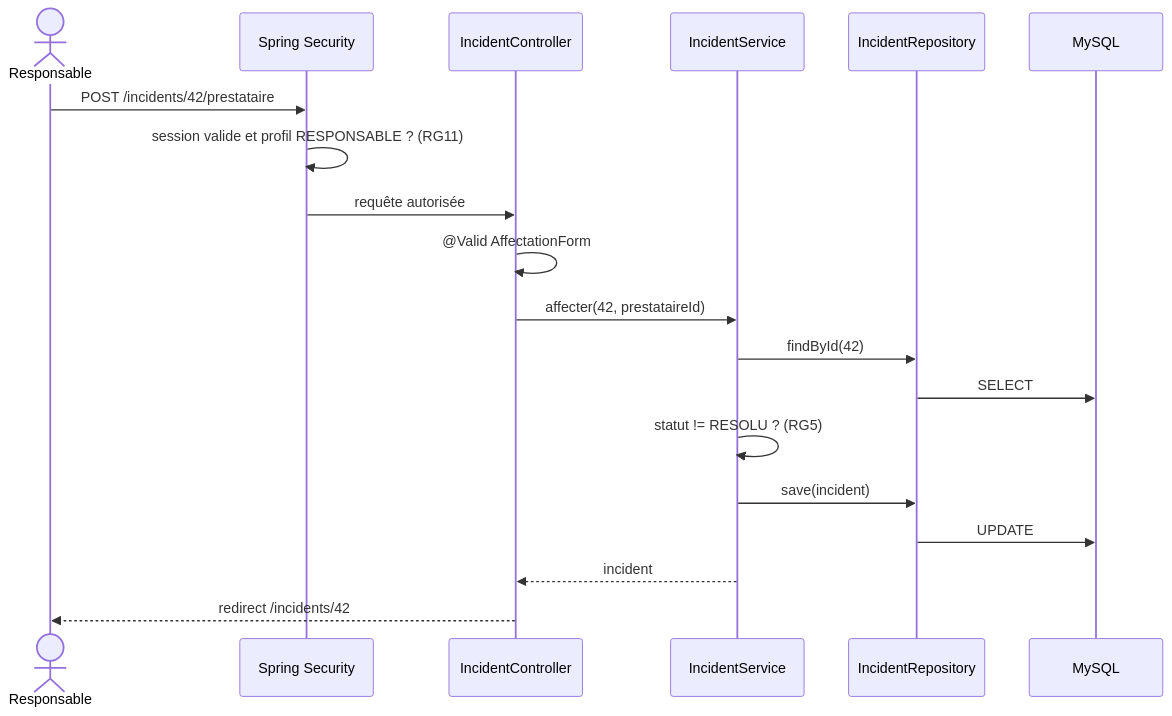
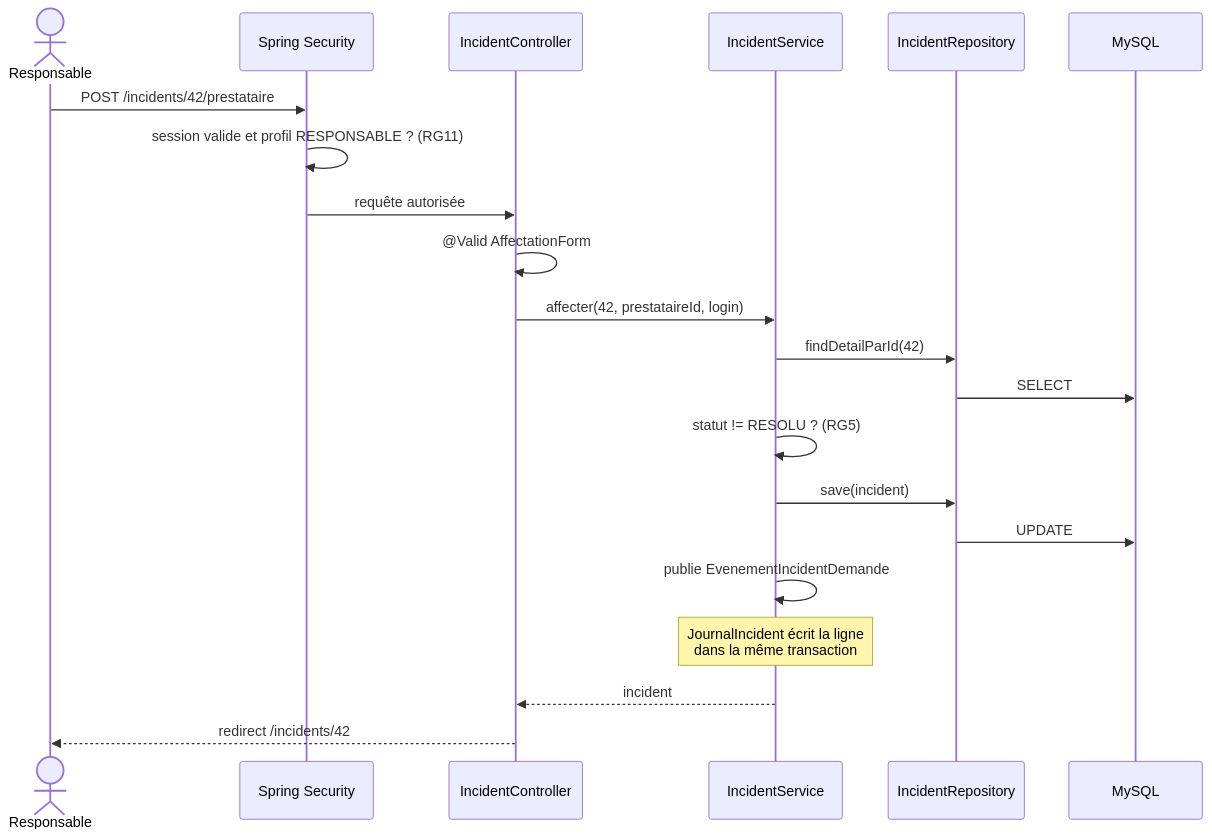
Before and after one commit to ctpnheee/altn72-supervision: the sixth of 8 diagrams in docs/ARCHITECTURE.md, drawn with Mermaid. The commit also changed other lines of this file and 3 other files, not shown here.

Commit message:
F1: aligner l'architecture sur le journal métier et les services livrés

````diff
--- a/docs/ARCHITECTURE.md
+++ b/docs/ARCHITECTURE.md
@@ -280,22 +287,24 @@
 ```mermaid
 sequenceDiagram
     actor R as Responsable
     participant S as Spring Security
     participant C as IncidentController
     participant IS as IncidentService
     participant Rep as IncidentRepository
     participant DB as MySQL
 
     R->>S: POST /incidents/42/prestataire
     S->>S: session valide et profil RESPONSABLE ? (RG11)
     S->>C: requête autorisée
     C->>C: @Valid AffectationForm
-    C->>IS: affecter(42, prestataireId)
-    IS->>Rep: findById(42)
+    C->>IS: affecter(42, prestataireId, login)
+    IS->>Rep: findDetailParId(42)
     Rep->>DB: SELECT
     IS->>IS: statut != RESOLU ? (RG5)
     IS->>Rep: save(incident)
     Rep->>DB: UPDATE
+    IS->>IS: publie EvenementIncidentDemande
+    Note over IS: JournalIncident écrit la ligne<br/>dans la même transaction
     IS-->>C: incident
     C-->>R: redirect /incidents/42
 ```
````
